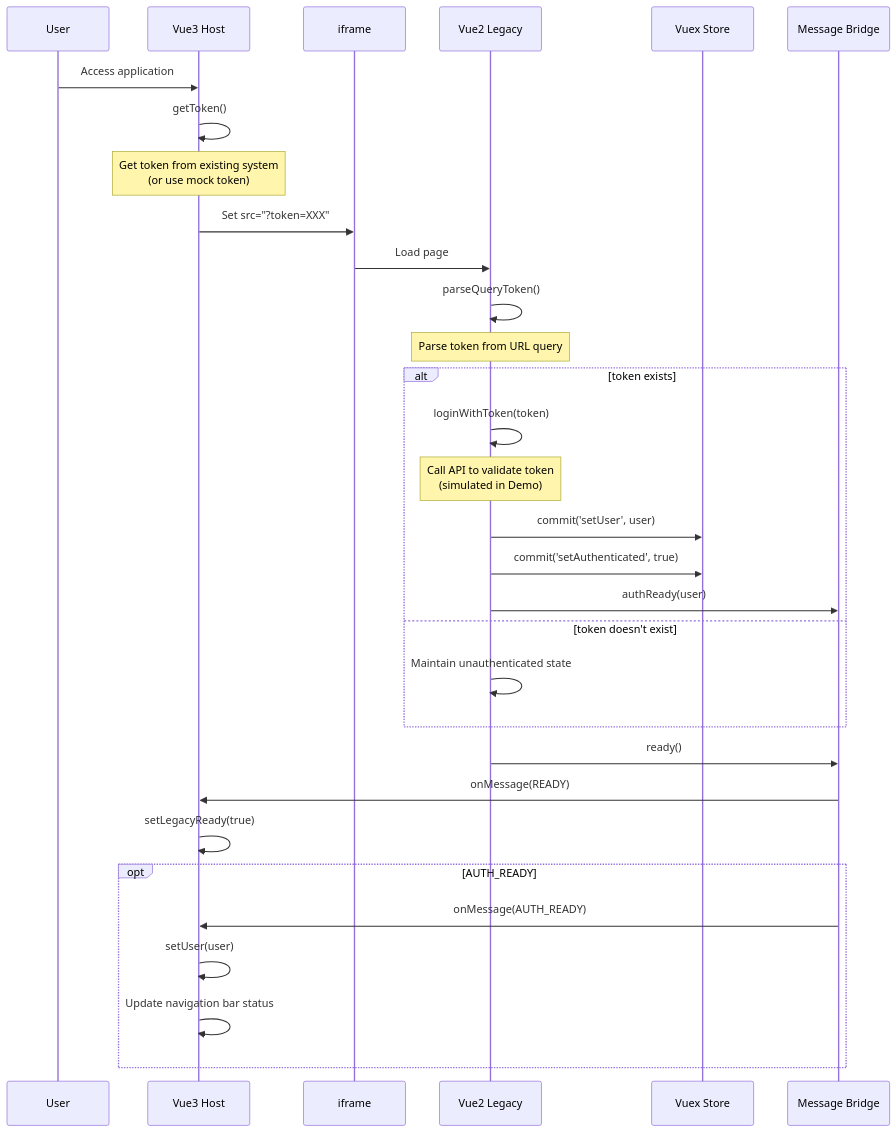
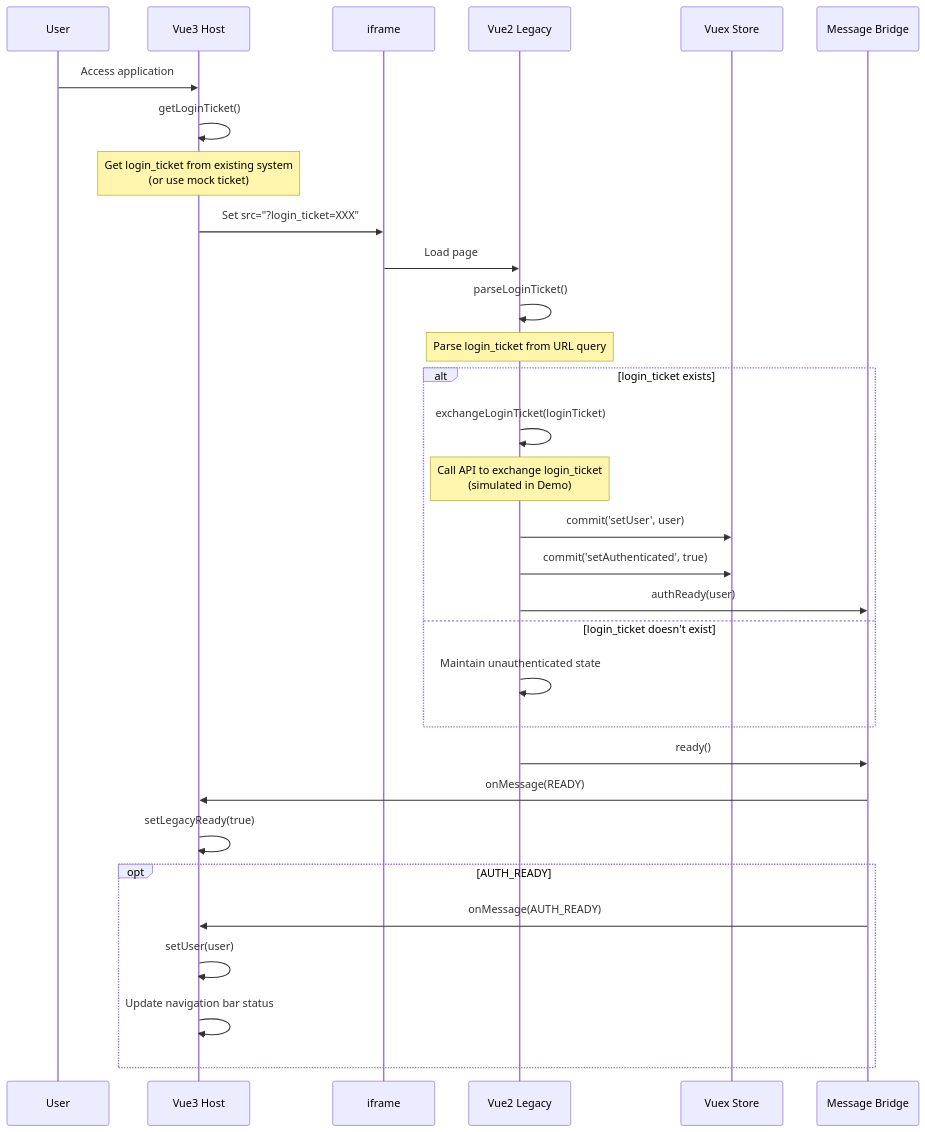
One commit to gmliao/vue-hybrid-bridge-demo changed the diagram in docs/LOGIN_FLOW.en.md. Above: the diagram before and after it, drawn with Mermaid. The commit also changed other lines of this file and 26 other files, not shown here.

First line of the commit message:
refactor: update login flow to use login_ticket instead of token

````diff
--- a/docs/LOGIN_FLOW.en.md
+++ b/docs/LOGIN_FLOW.en.md
@@ -13,39 +13,39 @@
 ```mermaid
 sequenceDiagram
     participant User as User
     participant Vue3 as Vue3 Host
     participant iframe as iframe
     participant Vue2 as Vue2 Legacy
     participant Vuex as Vuex Store
     participant Bridge as Message Bridge
 
     User->>Vue3: Access application
-    Vue3->>Vue3: getToken()
-    Note over Vue3: Get token from existing system<br/>(or use mock token)
+    Vue3->>Vue3: getLoginTicket()
+    Note over Vue3: Get login_ticket from existing system<br/>(or use mock ticket)
     
-    Vue3->>iframe: Set src="?token=XXX"
+    Vue3->>iframe: Set src="?login_ticket=XXX"
     iframe->>Vue2: Load page
     
-    Vue2->>Vue2: parseQueryToken()
-    Note over Vue2: Parse token from URL query
+    Vue2->>Vue2: parseLoginTicket()
+    Note over Vue2: Parse login_ticket from URL query
     
-    alt token exists
-        Vue2->>Vue2: loginWithToken(token)
-        Note over Vue2: Call API to validate token<br/>(simulated in Demo)
+    alt login_ticket exists
+        Vue2->>Vue2: exchangeLoginTicket(loginTicket)
+        Note over Vue2: Call API to exchange login_ticket<br/>(simulated in Demo)
         Vue2->>Vuex: commit('setUser', user)
         Vue2->>Vuex: commit('setAuthenticated', true)
         Vue2->>Bridge: authReady(user)
-    else token doesn't exist
+    else login_ticket doesn't exist
         Vue2->>Vue2: Maintain unauthenticated state
     end
     
     Vue2->>Bridge: ready()
     Bridge->>Vue3: onMessage(READY)
     Vue3->>Vue3: setLegacyReady(true)
     
     opt AUTH_READY
         Bridge->>Vue3: onMessage(AUTH_READY)
         Vue3->>Vue3: setUser(user)
         Vue3->>Vue3: Update navigation bar status
     end
 ```
````
